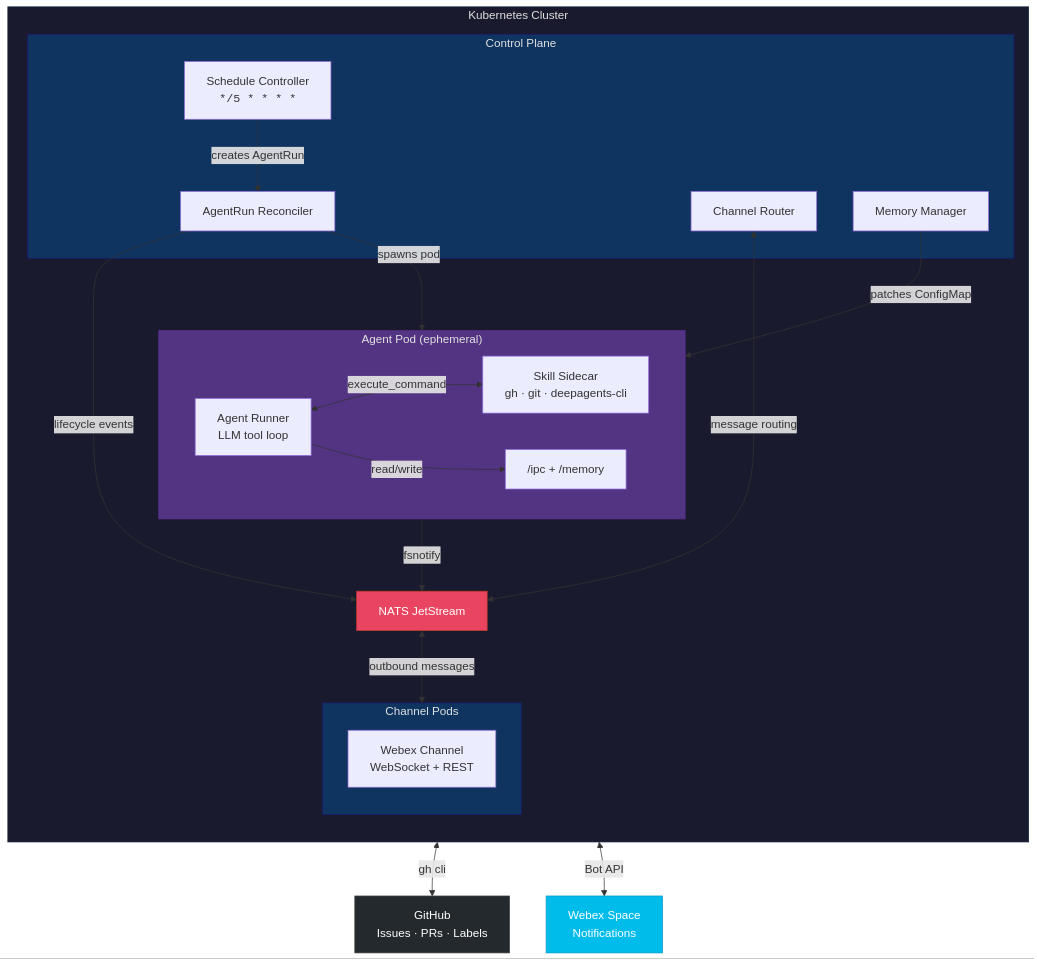
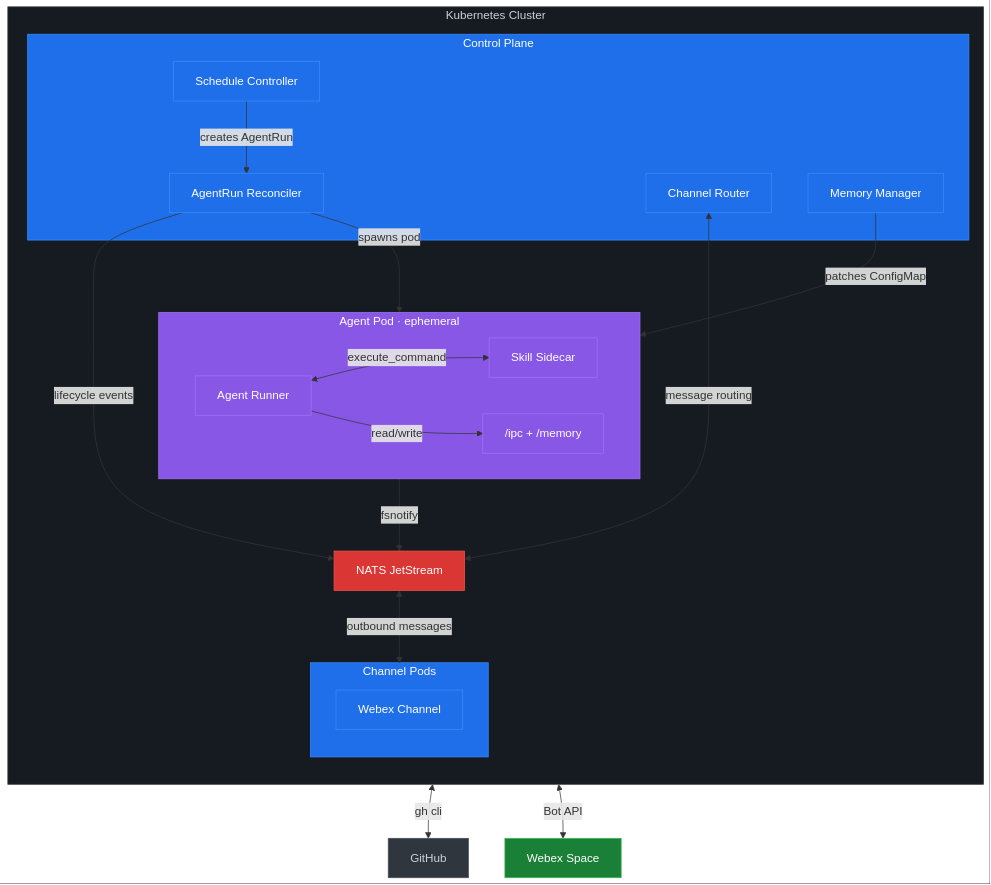
One commit to artdroz/deep-agents-demo changed the first of 6 diagrams in ARCHITECTURE.md. Above: the diagram before and after it, drawn with Mermaid. The commit also changed other lines of this file, not shown here.

First line of the commit message:
docs: fix diagram contrast and state diagram parse error

````diff
--- a/ARCHITECTURE.md
+++ b/ARCHITECTURE.md
@@ -9,51 +9,59 @@
 ```mermaid
 graph TB
     subgraph K8s["Kubernetes Cluster"]
         direction TB
 
         subgraph Control["Control Plane"]
-            Sched["Schedule Controller<br/><code>*/5 * * * *</code>"]
+            Sched["Schedule Controller"]
             Recon["AgentRun Reconciler"]
             ChanR["Channel Router"]
             MemMgr["Memory Manager"]
             Sched -->|creates AgentRun| Recon
         end
 
         NATS["NATS JetStream"]
         Recon -->|lifecycle events| NATS
         ChanR <-->|message routing| NATS
 
-        subgraph Agent["Agent Pod (ephemeral)"]
+        subgraph Agent["Agent Pod · ephemeral"]
             direction LR
-            Runner["Agent Runner<br/>LLM tool loop"]
-            Sidecar["Skill Sidecar<br/>gh · git · deepagents-cli"]
+            Runner["Agent Runner"]
+            Sidecar["Skill Sidecar"]
             IPC["/ipc + /memory"]
             Runner <-->|execute_command| Sidecar
             Runner -->|read/write| IPC
         end
 
         Recon -->|spawns pod| Agent
         IPC -->|fsnotify| NATS
 
         subgraph Chan["Channel Pods"]
-            Webex["Webex Channel<br/>WebSocket + REST"]
+            Webex["Webex Channel"]
         end
 
         NATS <-->|outbound messages| Chan
         MemMgr -->|patches ConfigMap| IPC
     end
 
-    GH["GitHub<br/>Issues · PRs · Labels"]
-    WX["Webex Space<br/>Notifications"]
+    GH["GitHub"]
+    WX["Webex Space"]
 
     Sidecar <-->|gh cli| GH
     Webex <-->|Bot API| WX
 
-    style K8s fill:#1a1a2e,stroke:#16213e,color:#e0e0e0
-    style Control fill:#0f3460,stroke:#1a1a6e,color:#e0e0e0
-    style Agent fill:#533483,stroke:#5b2c8e,color:#e0e0e0
-    style Chan fill:#0f3460,stroke:#1a1a6e,color:#e0e0e0
-    style NATS fill:#e94560,stroke:#c0392b,color:#fff
-    style GH fill:#24292e,stroke:#444,color:#fff
-    style WX fill:#00bceb,stroke:#0098c7,color:#fff
+    style K8s fill:#161b22,stroke:#30363d,color:#c9d1d9
+    style Control fill:#1f6feb,stroke:#388bfd,color:#fff
+    style Agent fill:#8957e5,stroke:#a371f7,color:#fff
+    style Chan fill:#1f6feb,stroke:#388bfd,color:#fff
+    style NATS fill:#da3633,stroke:#f85149,color:#fff
+    style GH fill:#30363d,stroke:#484f58,color:#c9d1d9
+    style WX fill:#1a7f37,stroke:#3fb950,color:#fff
+    style Sched fill:#1f6feb,stroke:#388bfd,color:#fff
+    style Recon fill:#1f6feb,stroke:#388bfd,color:#fff
+    style ChanR fill:#1f6feb,stroke:#388bfd,color:#fff
+    style MemMgr fill:#1f6feb,stroke:#388bfd,color:#fff
+    style Runner fill:#8957e5,stroke:#a371f7,color:#fff
+    style Sidecar fill:#8957e5,stroke:#a371f7,color:#fff
+    style IPC fill:#8957e5,stroke:#a371f7,color:#fff
+    style Webex fill:#1f6feb,stroke:#388bfd,color:#fff
 ```
````
